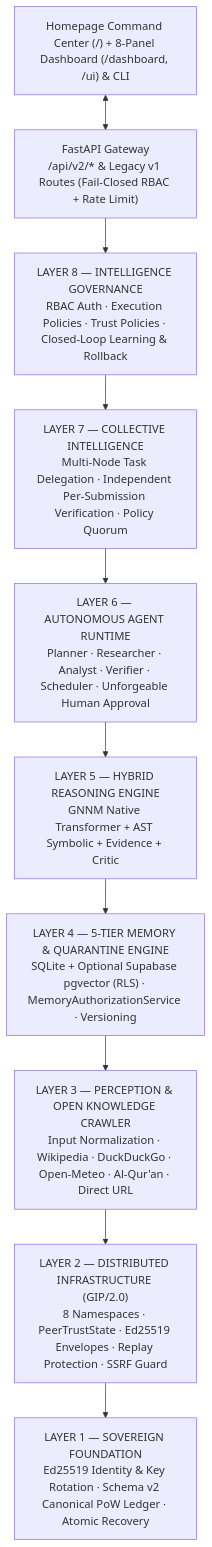
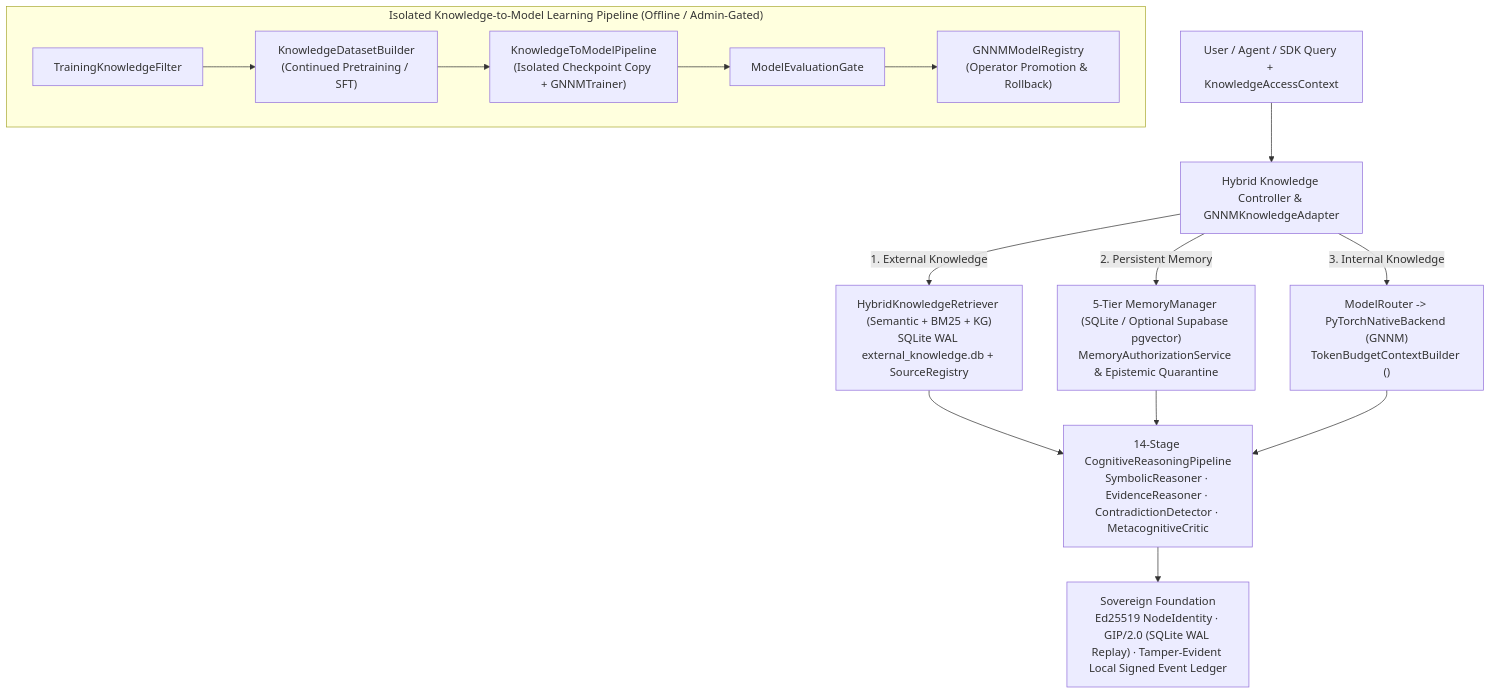
Before and after one commit to hoed/gajahmada-ai: the diagram in README.md, drawn with Mermaid. The commit also changed other lines of this file and 29 other files, not shown here.

Commit message:
update GNNM Hybrid Model Transformer

````diff
--- a/README.md
+++ b/README.md
@@ -87,12 +71,18 @@
 ```mermaid
 flowchart TD
-    UI["Homepage Command Center (/) + 8-Panel Dashboard (/dashboard, /ui) & CLI"] <--> API["FastAPI Gateway<br/>/api/v2/* & Legacy v1 Routes (Fail-Closed RBAC + Rate Limit)"]
-    API --> L8["LAYER 8 — INTELLIGENCE GOVERNANCE<br/>RBAC Auth · Execution Policies · Trust Policies · Closed-Loop Learning & Rollback"]
-    L8 --> L7["LAYER 7 — COLLECTIVE INTELLIGENCE<br/>Multi-Node Task Delegation · Independent Per-Submission Verification · Policy Quorum"]
-    L7 --> L6["LAYER 6 — AUTONOMOUS AGENT RUNTIME<br/>Planner · Researcher · Analyst · Verifier · Scheduler · Unforgeable Human Approval"]
-    L6 --> L5["LAYER 5 — HYBRID REASONING ENGINE<br/>GNNM Native Transformer + AST Symbolic + Evidence + Critic"]
-    L5 --> L4["LAYER 4 — 5-TIER MEMORY & QUARANTINE ENGINE<br/>SQLite + Optional Supabase pgvector (RLS) · MemoryAuthorizationService · Versioning"]
-    L4 --> L3["LAYER 3 — PERCEPTION & OPEN KNOWLEDGE CRAWLER<br/>Input Normalization · Wikipedia · DuckDuckGo · Open-Meteo · Al-Qur'an · Direct URL"]
-    L3 --> L2["LAYER 2 — DISTRIBUTED INFRASTRUCTURE (GIP/2.0)<br/>8 Namespaces · PeerTrustState · Ed25519 Envelopes · Replay Protection · SSRF Guard"]
-    L2 --> L1["LAYER 1 — SOVEREIGN FOUNDATION<br/>Ed25519 Identity & Key Rotation · Schema v2 Canonical PoW Ledger · Atomic Recovery"]
+    Q["User / Agent / SDK Query + KnowledgeAccessContext"] --> HKC["Hybrid Knowledge Controller & GNNMKnowledgeAdapter"]
+
+    HKC -->|"1. External Knowledge"| EXT["HybridKnowledgeRetriever (Semantic + BM25 + KG)<br/>SQLite WAL external_knowledge.db + SourceRegistry"]
+    HKC -->|"2. Persistent Memory"| MEM["5-Tier MemoryManager (SQLite / Optional Supabase pgvector)<br/>MemoryAuthorizationService & Epistemic Quarantine"]
+    HKC -->|"3. Internal Knowledge"| INT["ModelRouter -> PyTorchNativeBackend (GNNM)<br/>TokenBudgetContextBuilder (<untrusted_retrieved_data>)"]
+
+    EXT & MEM & INT --> COG["14-Stage CognitiveReasoningPipeline<br/>SymbolicReasoner · EvidenceReasoner · ContradictionDetector · MetacognitiveCritic"]
+
+    subgraph ISOLATED["Isolated Knowledge-to-Model Learning Pipeline (Offline / Admin-Gated)"]
+        FILT["TrainingKnowledgeFilter"] --> DSB["KnowledgeDatasetBuilder<br/>(Continued Pretraining / SFT)"]
+        DSB --> TRN["KnowledgeToModelPipeline<br/>(Isolated Checkpoint Copy + GNNMTrainer)"]
+        TRN --> GATE["ModelEvaluationGate"] --> REG["GNNMModelRegistry<br/>(Operator Promotion & Rollback)"]
+    end
+
+    COG --> SEC["Sovereign Foundation<br/>Ed25519 NodeIdentity · GIP/2.0 (SQLite WAL Replay) · Tamper-Evident Local Signed Event Ledger"]
 ```
````
